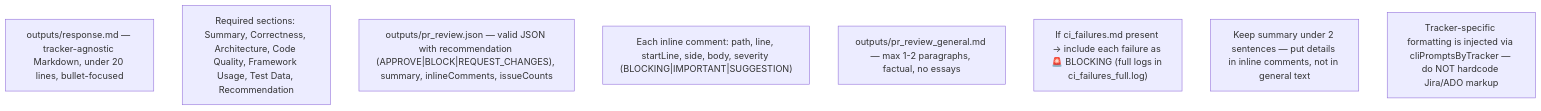
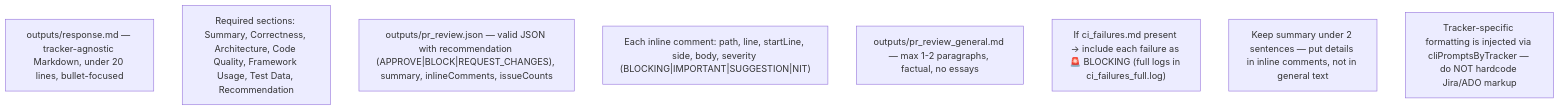
One commit to IstiN/dmtools-agents changed the diagram in instructions/pr_test_automation_review/formatting_rules.md. Above: the diagram before and after it, drawn with Mermaid. The commit also changed 53 other files, not shown here.

First line of the commit message:
gh-1351 [1328 step 2/4] reviewPolicy config + verdict layer: 4-tier severity, IMPORTANT gates approval, density control (#1357)

````diff
--- a/instructions/pr_test_automation_review/formatting_rules.md
+++ b/instructions/pr_test_automation_review/formatting_rules.md
@@ -1,11 +1,11 @@
 ```mermaid
 flowchart TD
     F1["outputs/response.md — tracker-agnostic Markdown, under 20 lines, bullet-focused"]
     F2["Required sections: Summary, Correctness, Architecture, Code Quality, Framework Usage, Test Data, Recommendation"]
     F3["outputs/pr_review.json — valid JSON with recommendation (APPROVE|BLOCK|REQUEST_CHANGES), summary, inlineComments, issueCounts"]
-    F4["Each inline comment: path, line, startLine, side, body, severity (BLOCKING|IMPORTANT|SUGGESTION)"]
+    F4["Each inline comment: path, line, startLine, side, body, severity (BLOCKING|IMPORTANT|SUGGESTION|NIT)"]
     F5["outputs/pr_review_general.md — max 1-2 paragraphs, factual, no essays"]
     F6["If ci_failures.md present → include each failure as 🚨 BLOCKING (full logs in ci_failures_full.log)"]
     F7["Keep summary under 2 sentences — put details in inline comments, not in general text"]
     F8["Tracker-specific formatting is injected via cliPromptsByTracker — do NOT hardcode Jira/ADO markup"]
 ```
````
